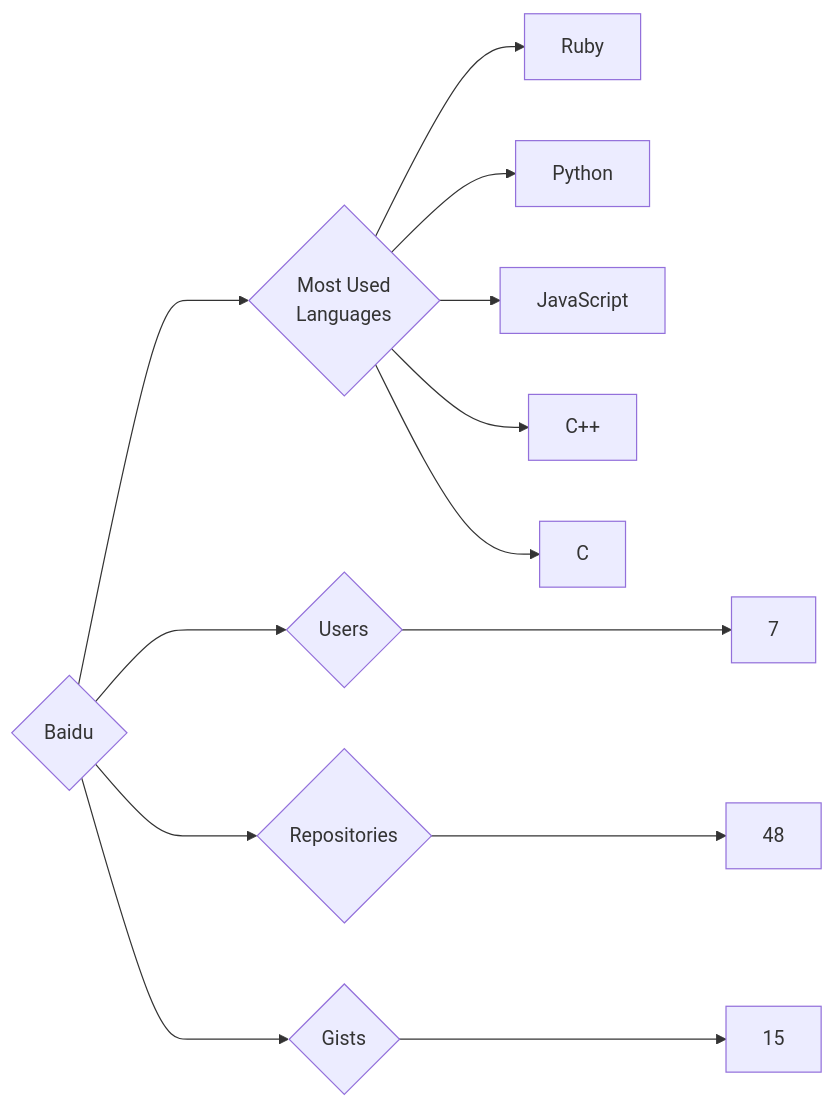
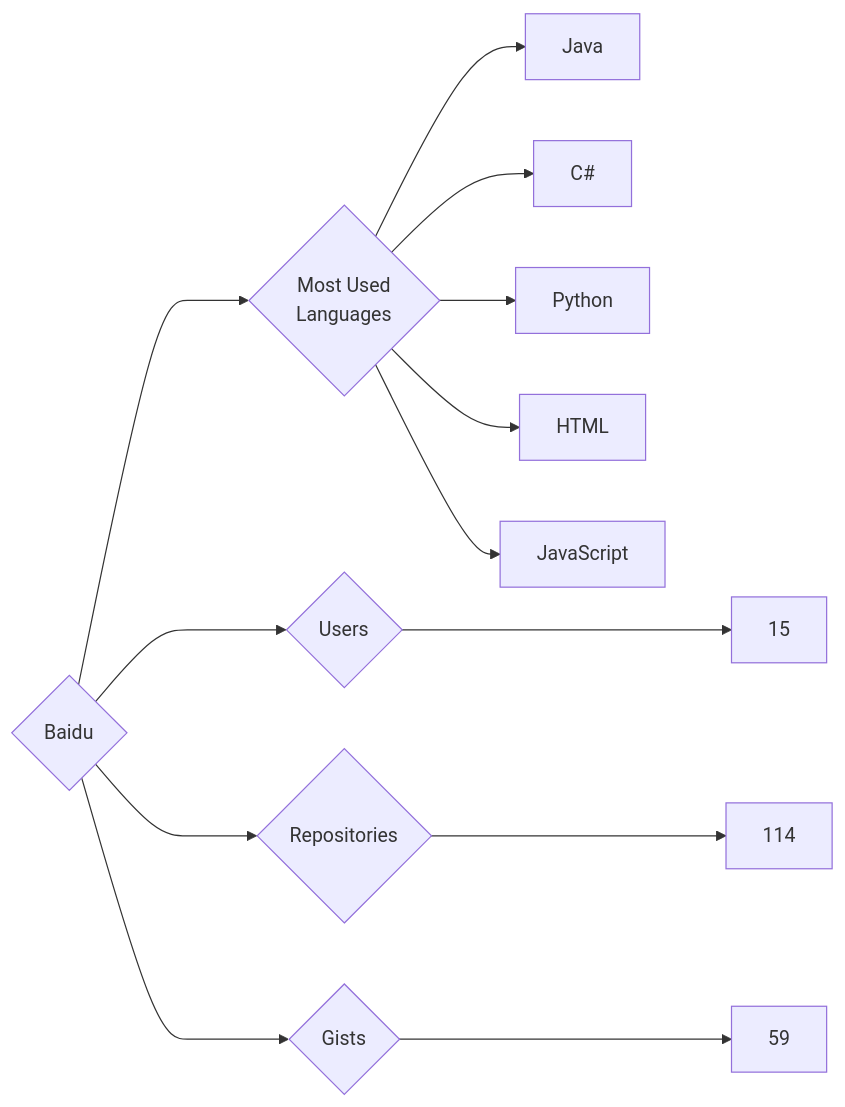
The diagram in targets/Baidu/README.md (trickest/insiders), drawn with Mermaid before and after one commit. The commit also changed 1212 other files, not shown here.

````diff
--- a/targets/Baidu/README.md
+++ b/targets/Baidu/README.md
@@ -3,13 +3,13 @@
 ```mermaid
 graph LR
 COMPANY_NAME{Baidu}
-COMPANY_NAME ---> U{Users} ---> UN[7]
-COMPANY_NAME ---> R{Repositories} ---> RN[48]
-COMPANY_NAME ---> G{Gists} ---> GN[15]
+COMPANY_NAME ---> U{Users} ---> UN[15]
+COMPANY_NAME ---> R{Repositories} ---> RN[114]
+COMPANY_NAME ---> G{Gists} ---> GN[59]
 COMPANY_NAME ---> ML{Most Used<br>Languages}
-ML --> Ruby[Ruby]
+ML --> Java[Java]
+ML --> C#[C#]
 ML --> Python[Python]
+ML --> HTML[HTML]
 ML --> JavaScript[JavaScript]
-ML --> C++[C++]
-ML --> C[C]
 ```
````
